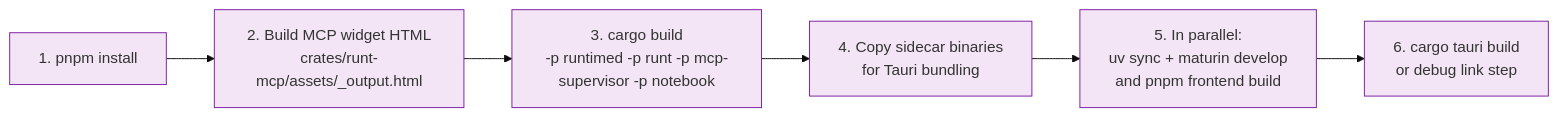
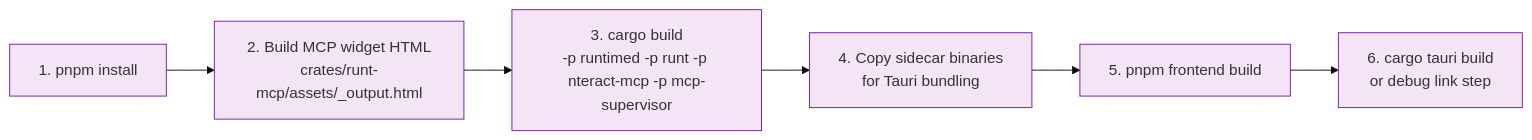
Before and after one commit to nteract/desktop: the second of 3 diagrams in contributing/build-dependencies.md, drawn with Mermaid (base theme). The commit also changed 5 other files, not shown here.

First line of the commit message:
docs: drop dev-mcp + maturin-in-build references

````diff
--- a/contributing/build-dependencies.md
+++ b/contributing/build-dependencies.md
@@ -76,11 +76,11 @@
 ```mermaid
 graph LR
     A["1. pnpm install"] --> M["2. Build MCP widget HTML<br/>crates/runt-mcp/assets/_output.html"]
-    M --> R["3. cargo build<br/>-p runtimed -p runt -p mcp-supervisor -p notebook"]
+    M --> R["3. cargo build<br/>-p runtimed -p runt -p nteract-mcp -p mcp-supervisor"]
     R --> E["4. Copy sidecar binaries<br/>for Tauri bundling"]
-    E --> P["5. In parallel:<br/>uv sync + maturin develop<br/>and pnpm frontend build"]
+    E --> P["5. pnpm frontend build"]
     P --> F["6. cargo tauri build<br/>or debug link step"]
 
     classDef step fill:#f3e5f5,stroke:#7b1fa2
     class A,M,R,E,P,F step
 ```
````
